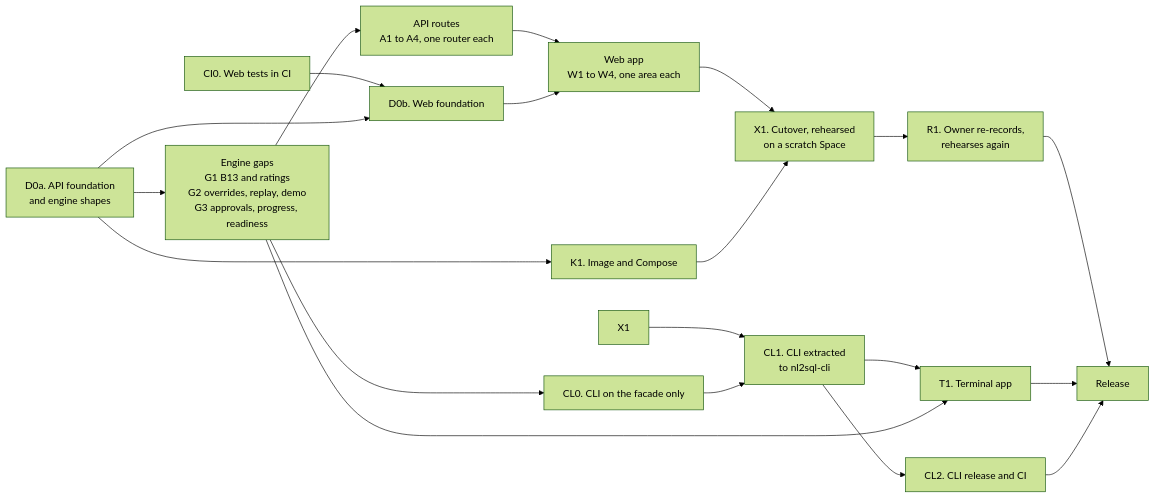
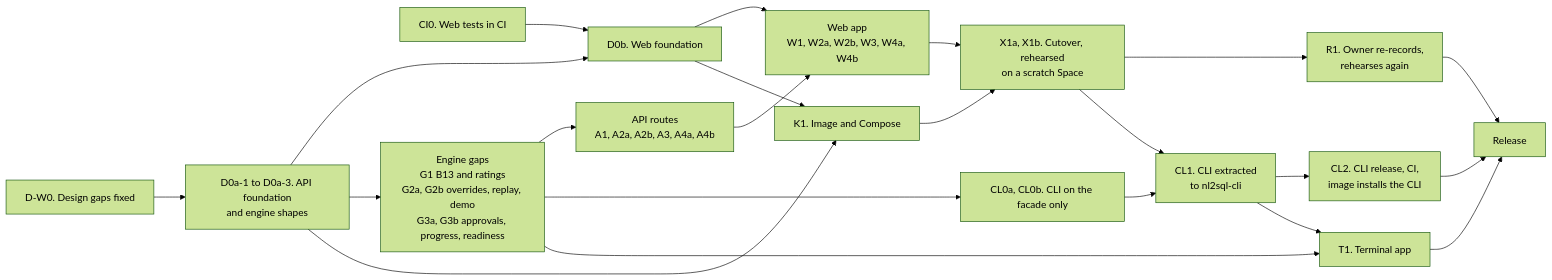
The first of 4 diagrams in docs/architecture/wave_d.md (nadeem4/nl2sql), drawn with Mermaid (forest theme) before and after one commit. The commit also changed other lines of this file and 1 other file, not shown here.

````diff
--- a/docs/architecture/wave_d.md
+++ b/docs/architecture/wave_d.md
@@ -171,24 +174,34 @@
 ```mermaid
 flowchart LR
+  DW0["D-W0. Design gaps fixed"]
   CI["CI0. Web tests in CI"]
-  CI --> DB["D0b. Web foundation"]
-  DA["D0a. API foundation<br/>and engine shapes"]
-  DA --> G["Engine gaps<br/>G1 B13 and ratings<br/>G2 overrides, replay, demo<br/>G3 approvals, progress, readiness"]
+  DA["D0a-1 to D0a-3. API foundation<br/>and engine shapes"]
+  DB["D0b. Web foundation"]
+  G["Engine gaps<br/>G1 B13 and ratings<br/>G2a, G2b overrides, replay, demo<br/>G3a, G3b approvals, progress, readiness"]
+  A["API routes<br/>A1, A2a, A2b, A3, A4a, A4b"]
+  W["Web app<br/>W1, W2a, W2b, W3, W4a, W4b"]
+  CL0["CL0a, CL0b. CLI on the facade only"]
+  K["K1. Image and Compose"]
+  X["X1a, X1b. Cutover, rehearsed<br/>on a scratch Space"]
+  DW0 --> DA
+  CI --> DB
   DA --> DB
-  G --> A["API routes<br/>A1 to A4, one router each"]
-  A --> W["Web app<br/>W1 to W4, one area each"]
+  DA --> G
+  G --> A
+  A --> W
   DB --> W
-  G --> CL0["CL0. CLI on the facade only"]
-  X1 --> CL1["CL1. CLI extracted<br/>to nl2sql-cli"]
+  G --> CL0
+  DA --> K
+  DB --> K
+  W --> X
+  K --> X
+  X --> R["R1. Owner re-records,<br/>rehearses again"]
+  X --> CL1["CL1. CLI extracted<br/>to nl2sql-cli"]
   CL0 --> CL1
-  CL1 --> CL2["CL2. CLI release and CI"]
+  CL1 --> CL2["CL2. CLI release, CI,<br/>image installs the CLI"]
   CL1 --> T["T1. Terminal app"]
   G --> T
-  DA --> K["K1. Image and Compose"]
-  W --> X["X1. Cutover, rehearsed<br/>on a scratch Space"]
-  K --> X
-  X --> R["R1. Owner re-records,<br/>rehearses again"]
   R --> REL["Release"]
   T --> REL
   CL2 --> REL
 ```
````
